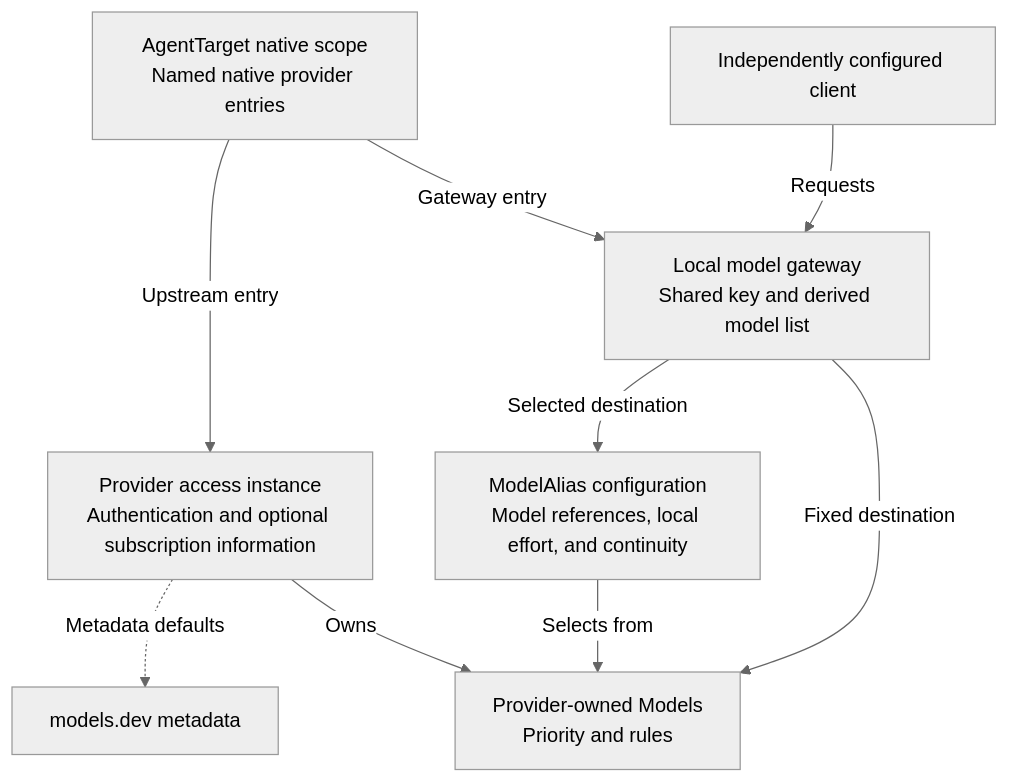
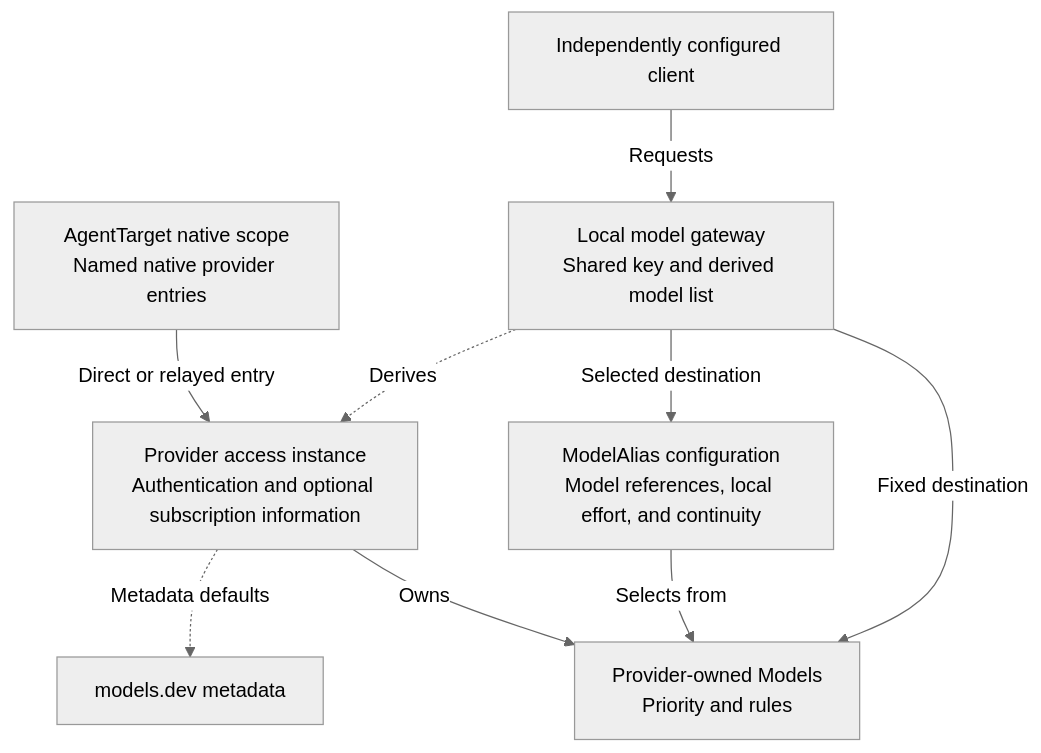
One commit to suraciii/tmax changed the diagram in specs/product/design.md. Above: the diagram before and after it, drawn with Mermaid (neutral theme). The commit also changed other lines of this file and 92 other files, not shown here.

First line of the commit message:
feat(gateway)!: derive the gateway provider in configuration format 2

````diff
--- a/specs/product/design.md
+++ b/specs/product/design.md
@@ -87,18 +88,18 @@
 ```mermaid
 flowchart TB
     Catalog["models.dev metadata"]
     Provider["Provider access instance<br/>Authentication and optional subscription information"]
     Model["Provider-owned Models<br/>Priority and rules"]
     Alias["ModelAlias configuration<br/>Model references, local effort, and continuity"]
     Agent["AgentTarget native scope<br/>Named native provider entries"]
     Gateway["Local model gateway<br/>Shared key and derived model list"]
     Client["Independently configured client"]
     Provider -.->|Metadata defaults| Catalog
     Provider -->|Owns| Model
     Alias -->|Selects from| Model
-    Agent -->|Upstream entry| Provider
-    Agent -->|Gateway entry| Gateway
+    Agent -->|Direct or relayed entry| Provider
     Client -->|Requests| Gateway
+    Gateway -.->|Derives| Provider
     Gateway -->|Fixed destination| Model
     Gateway -->|Selected destination| Alias
 ```
````
